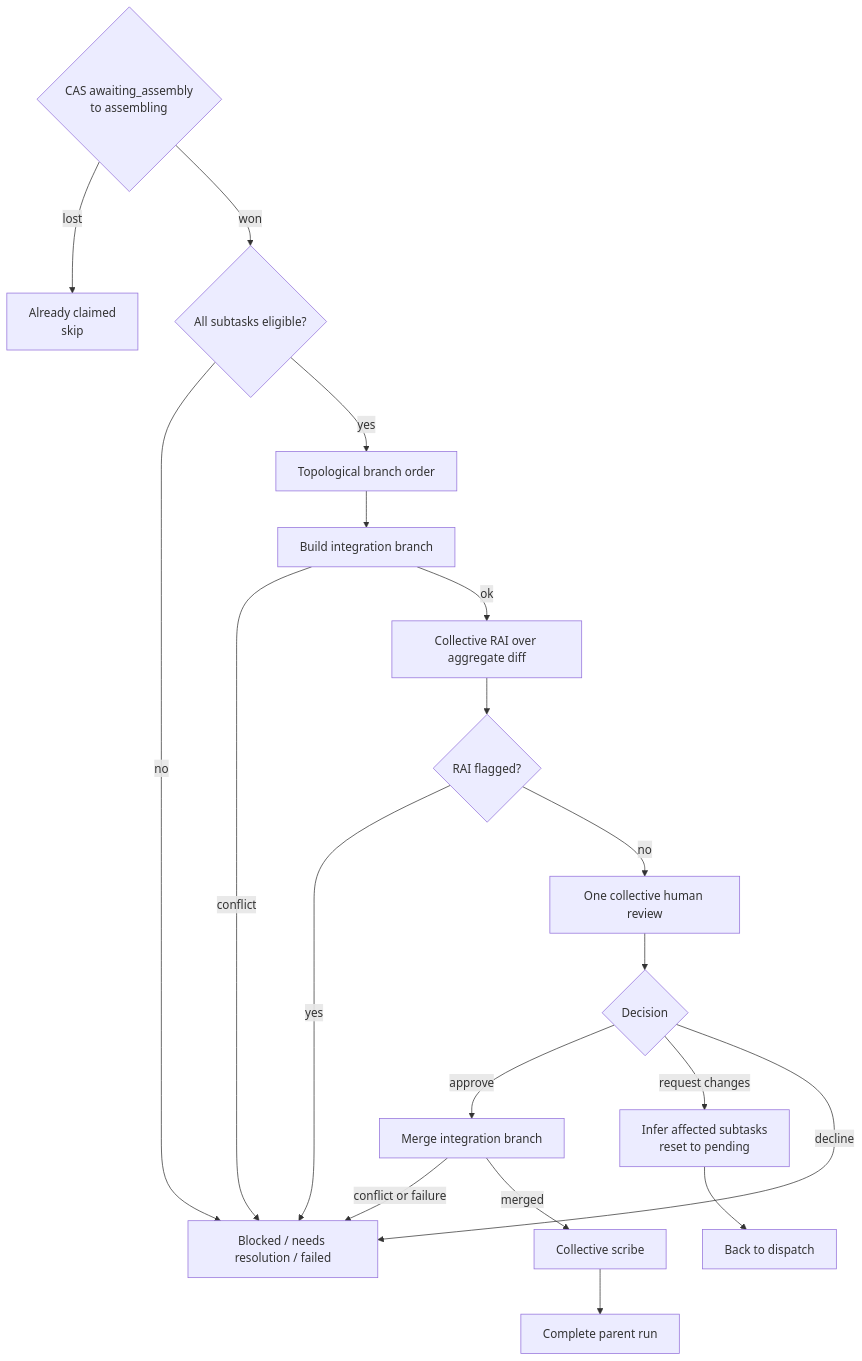
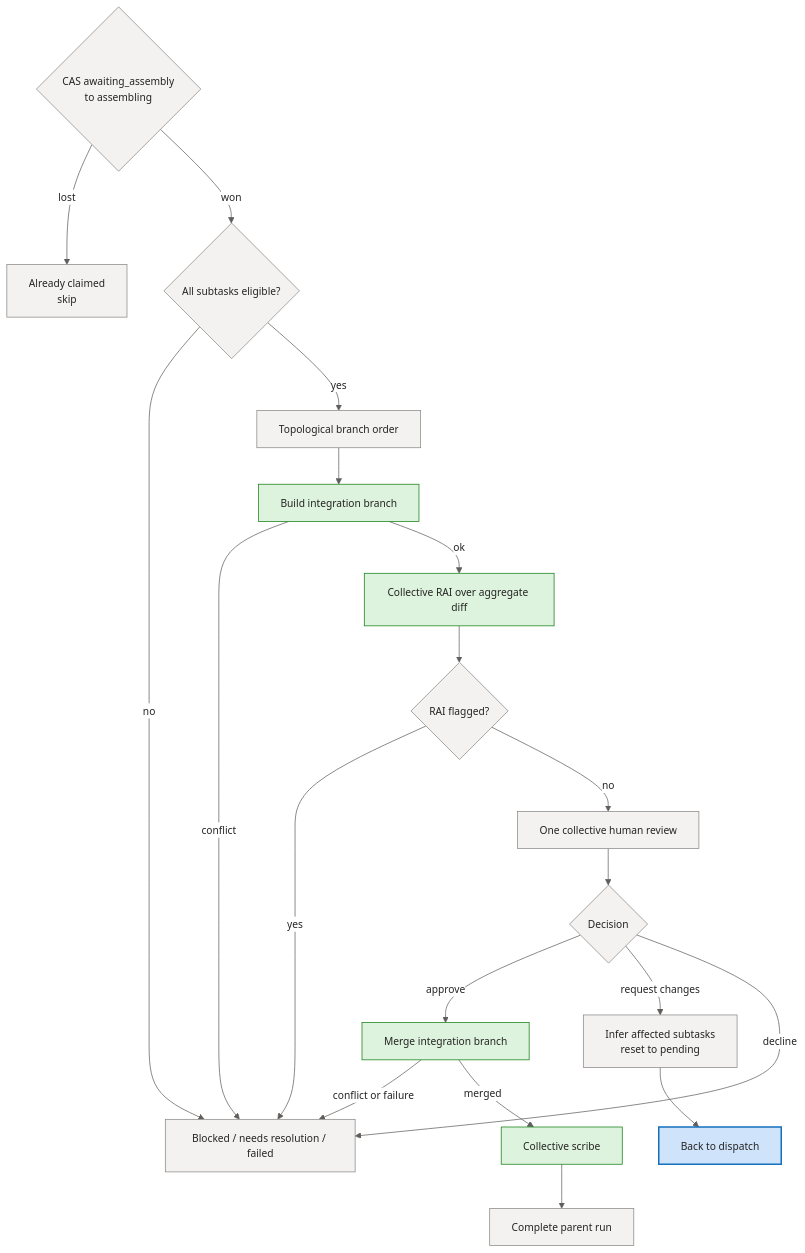
Before and after one commit to sabbour/agentweaver: the fifth of 5 diagrams in docs/deep-dive/coordinator-internals.md, drawn with Mermaid. The commit also changed other lines of this file and 13 other files, not shown here.

````diff
--- a/docs/deep-dive/coordinator-internals.md
+++ b/docs/deep-dive/coordinator-internals.md
@@ -321,32 +372,45 @@
 ```mermaid
+%%{init: {'theme':'base','themeVariables':{'fontFamily':'Segoe UI, system-ui, -apple-system, sans-serif','fontSize':'14px','primaryColor':'#E8EEF9','primaryBorderColor':'#0F6CBD','primaryTextColor':'#242424','lineColor':'#605E5C','clusterBkg':'#FAF9F8','clusterBorder':'#D2D0CE','edgeLabelBackground':'#FFFFFF'}}}%%
 flowchart TD
     Claim{CAS awaiting_assembly<br/>to assembling}
     Eligible{All subtasks eligible?}
     Order[Topological branch order]
     Integration[Build integration branch]
     Rai[Collective RAI over aggregate diff]
     RaiFlag{RAI flagged?}
     Review[One collective human review]
     Decision{Decision}
     Merge[Merge integration branch]
     Scribe[Collective scribe]
     Complete[Complete parent run]
     RequestChanges[Infer affected subtasks<br/>reset to pending]
     AlreadyClaimed[Already claimed<br/>skip]
     Blocked[Blocked / needs resolution / failed]
 
     Claim -- lost --> AlreadyClaimed
     Claim -- won --> Eligible
     Eligible -- no --> Blocked
     Eligible -- yes --> Order --> Integration
     Integration -- conflict --> Blocked
     Integration -- ok --> Rai --> RaiFlag
     RaiFlag -- yes --> Blocked
     RaiFlag -- no --> Review --> Decision
     Decision -- approve --> Merge
     Decision -- request changes --> RequestChanges
     Decision -- decline --> Blocked
     Merge -- conflict or failure --> Blocked
     Merge -- merged --> Scribe --> Complete
     RequestChanges --> Dispatching[Back to dispatch]
+
+    classDef client fill:#E8EEF9,stroke:#0F6CBD,stroke-width:1px,color:#242424;
+    classDef svc fill:#F3F2F1,stroke:#8A8886,stroke-width:1px,color:#242424;
+    classDef core fill:#CFE4FA,stroke:#0F6CBD,stroke-width:2px,color:#242424;
+    classDef data fill:#FFF4CE,stroke:#C19C00,stroke-width:1px,color:#242424;
+    classDef ext fill:#F0E8F8,stroke:#8764B8,stroke-width:1px,color:#242424;
+    classDef runtime fill:#DDF3DD,stroke:#107C10,stroke-width:1px,color:#242424;
+    classDef evt fill:#D6F0F0,stroke:#038387,stroke-width:1px,color:#242424;
+
+    class Claim,Eligible,Order,RaiFlag,Review,Decision,Complete,RequestChanges,AlreadyClaimed,Blocked svc;
+    class Integration,Rai,Merge,Scribe runtime;
+    class Dispatching core;
 ```
````
